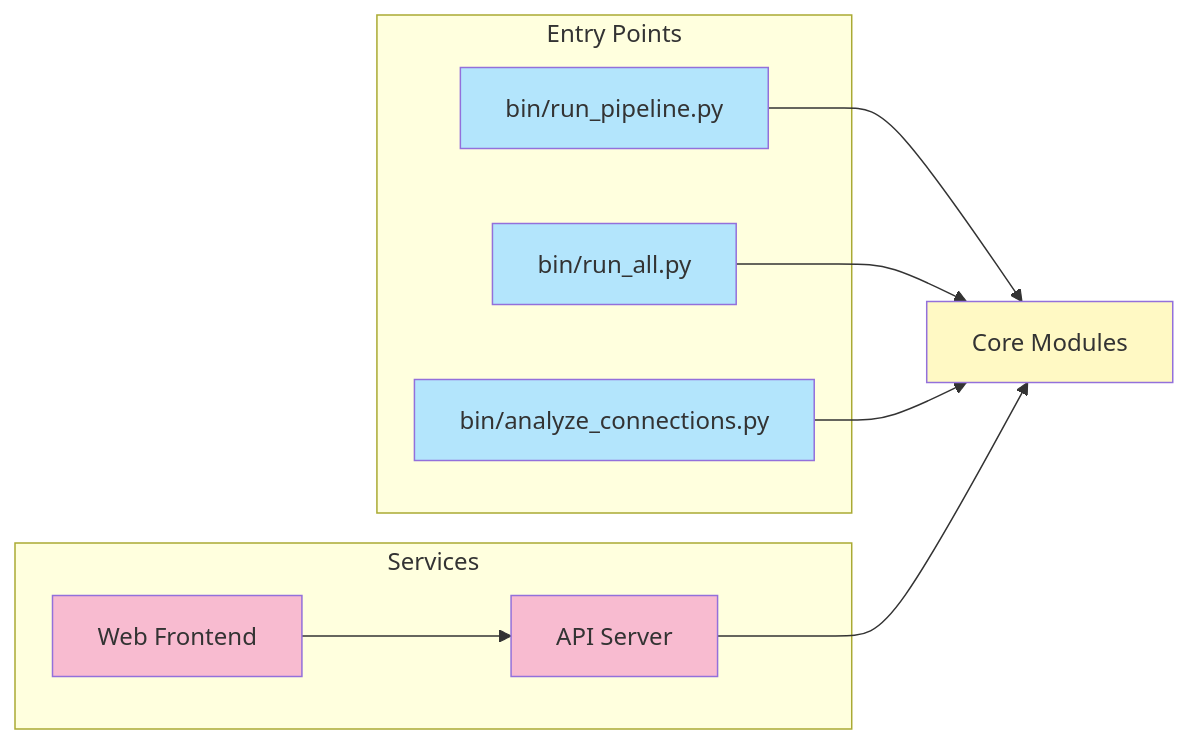
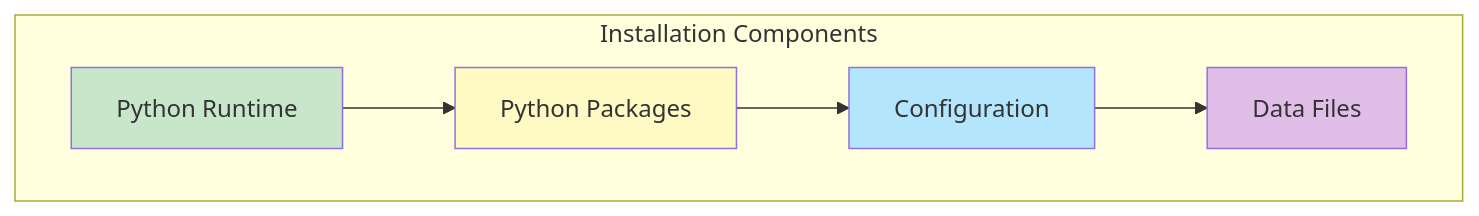
The second of 2 diagrams in INSTALLATION.md (1digitaldesign/kettler-data-analysis), drawn with Mermaid before and after one commit. The commit also changed other lines of this file and 9 other files, not shown here.

First line of the commit message:
Complete documentation graph integration

````diff
--- a/INSTALLATION.md
+++ b/INSTALLATION.md
@@ -98,26 +145,18 @@
 ```mermaid
-graph LR
-    subgraph "Entry Points"
-        A[bin/run_pipeline.py]
-        B[bin/run_all.py]
-        C[bin/analyze_connections.py]
+graph TB
+    subgraph "Installation Components"
+        A[Python Runtime]
+        B[Python Packages]
+        C[Configuration]
+        D[Data Files]
     end
 
-    subgraph "Services"
-        D[API Server]
-        E[Web Frontend]
-    end
+    A --> B
+    B --> C
+    C --> D
 
-    A --> F[Core Modules]
-    B --> F
-    C --> F
-    D --> F
-    E --> D
-
-    style A fill:#B3E5FC
-    style B fill:#B3E5FC
+    style A fill:#C8E6C9
+    style B fill:#FFF9C4
     style C fill:#B3E5FC
-    style D fill:#F8BBD0
-    style E fill:#F8BBD0
-    style F fill:#FFF9C4
+    style D fill:#E1BEE7
 ```
````
